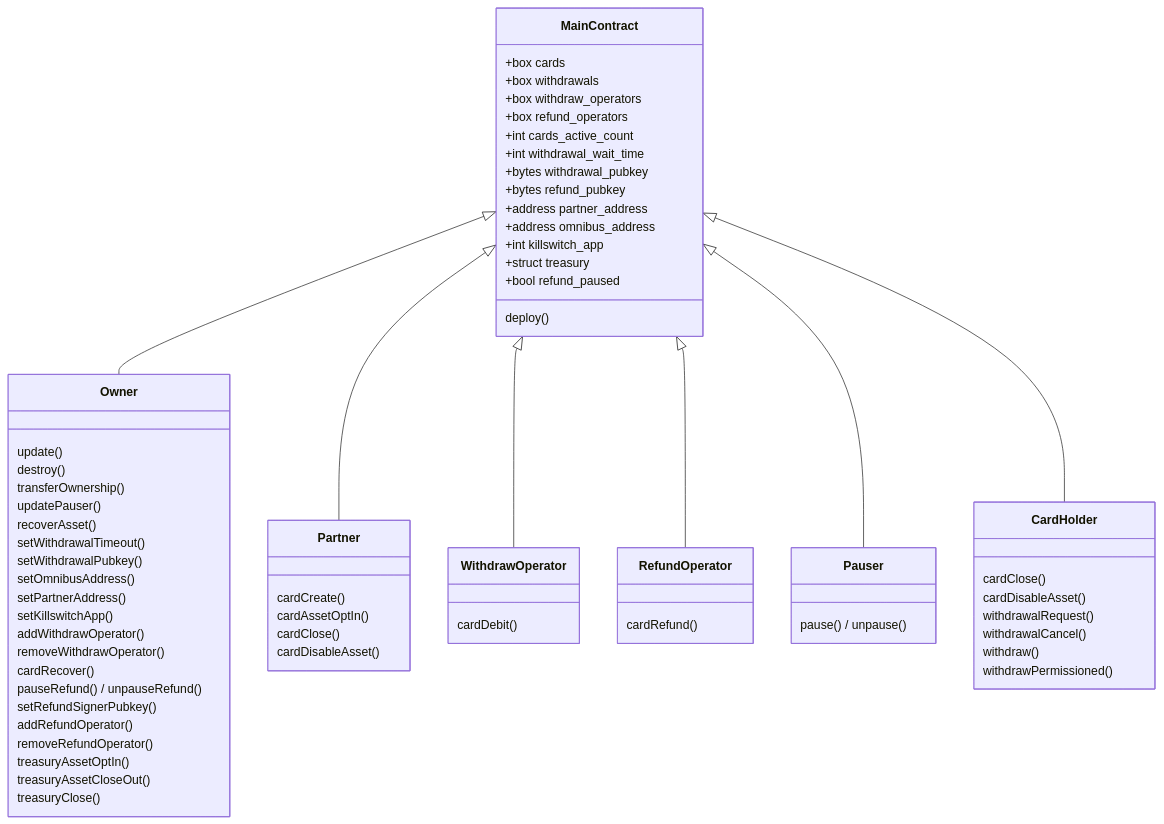
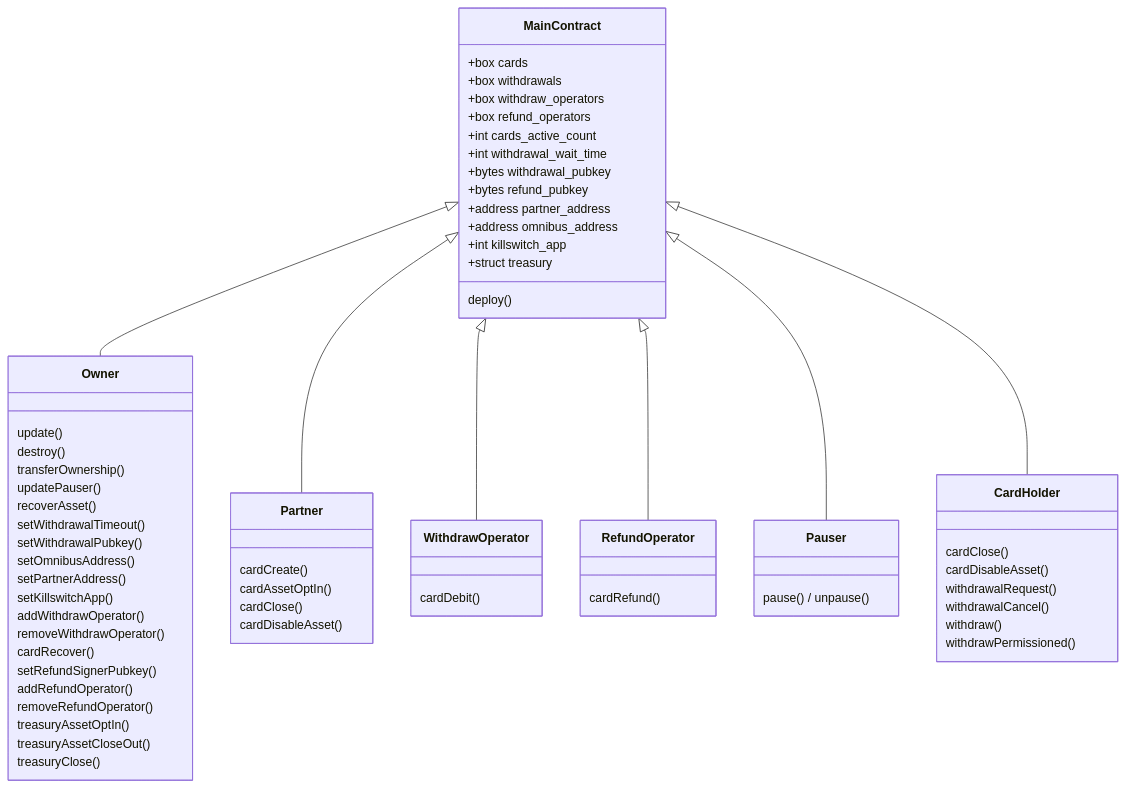
The first of 2 diagrams in projects/auto-draw-card/README.md (algorandfoundation/auto-draw-card), drawn with Mermaid before and after one commit. The commit also changed other lines of this file and 12 other files, not shown here.

First line of the commit message:
Refactor refund mechanism: remove refund pause functionality

````diff
--- a/projects/auto-draw-card/README.md
+++ b/projects/auto-draw-card/README.md
@@ -243,75 +237,73 @@
 ```mermaid
 classDiagram
     MainContract : +box cards
     MainContract : +box withdrawals
     MainContract : +box withdraw_operators
     MainContract : +box refund_operators
     MainContract : +int cards_active_count
     MainContract : +int withdrawal_wait_time
     MainContract : +bytes withdrawal_pubkey
     MainContract : +bytes refund_pubkey
     MainContract : +address partner_address
     MainContract : +address omnibus_address
     MainContract : +int killswitch_app
     MainContract : +struct treasury
-    MainContract : +bool refund_paused
     MainContract : deploy()
 
     MainContract <|-- Owner
     MainContract <|-- Partner
     MainContract <|-- WithdrawOperator
     MainContract <|-- RefundOperator
     MainContract <|-- Pauser
     MainContract <|-- CardHolder
 
     class Owner {
         update()
         destroy()
         transferOwnership()
         updatePauser()
         recoverAsset()
         setWithdrawalTimeout()
         setWithdrawalPubkey()
         setOmnibusAddress()
         setPartnerAddress()
         setKillswitchApp()
         addWithdrawOperator()
         removeWithdrawOperator()
         cardRecover()
-        pauseRefund() / unpauseRefund()
         setRefundSignerPubkey()
         addRefundOperator()
         removeRefundOperator()
         treasuryAssetOptIn()
         treasuryAssetCloseOut()
         treasuryClose()
     }
 
     class Partner {
         cardCreate()
         cardAssetOptIn()
         cardClose()
         cardDisableAsset()
     }
 
     class WithdrawOperator {
         cardDebit()
     }
 
     class RefundOperator {
         cardRefund()
     }
 
     class Pauser {
         pause() / unpause()
     }
 
     class CardHolder {
         cardClose()
         cardDisableAsset()
         withdrawalRequest()
         withdrawalCancel()
         withdraw()
         withdrawPermissioned()
     }
 ```
````
